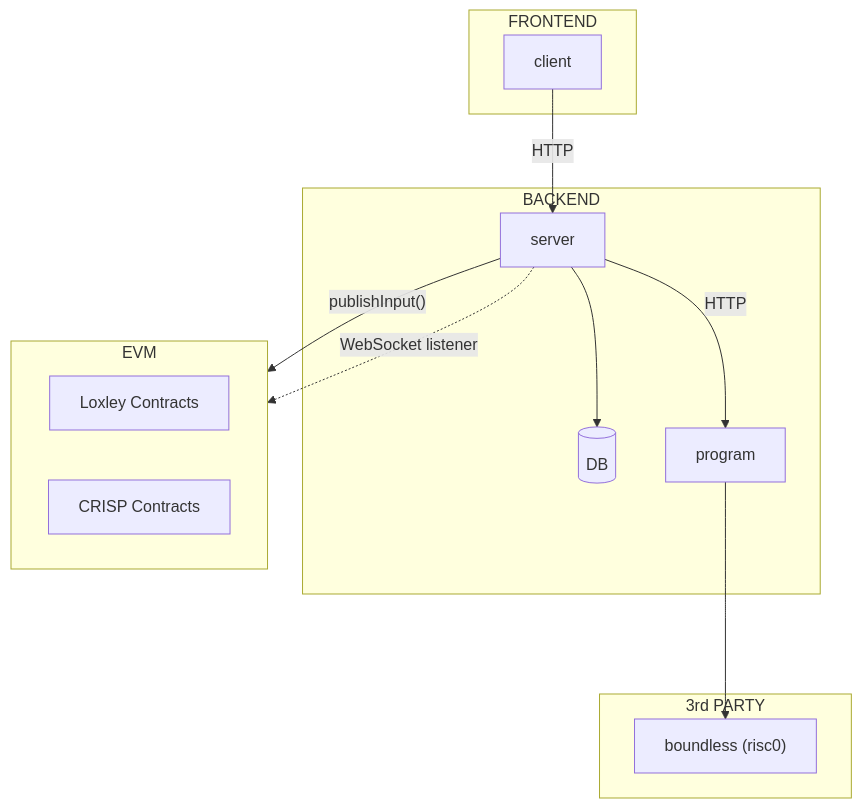
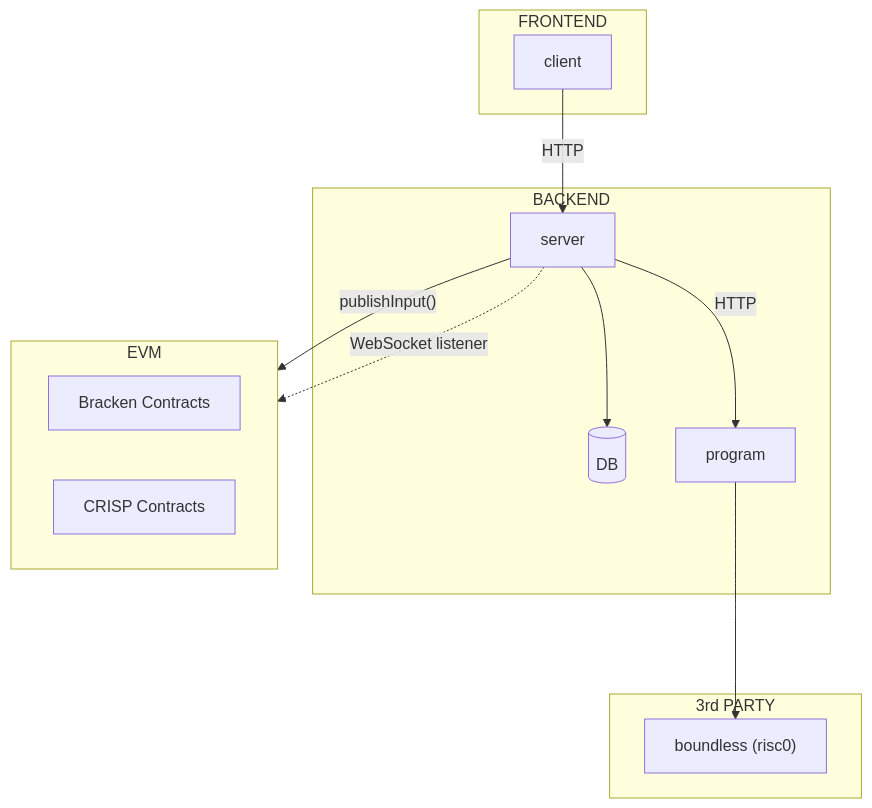
One commit to thecryptodog12-rgb/bracken changed the diagram in examples/CRISP/program/README.md. Above: the diagram before and after it, drawn with Mermaid. The commit also changed other lines of this file and 1660 other files, not shown here.

````diff
--- a/examples/CRISP/program/README.md
+++ b/examples/CRISP/program/README.md
@@ -9,26 +9,26 @@
 ```mermaid
 graph TD
   subgraph frontend["FRONTEND"]
     client
   end
   subgraph ec2_1["BACKEND"]
     server["server"] --> db
     db[(DB)]
 
     server --HTTP--> program
   end
   subgraph thirdparty["3rd PARTY"]
     boundless
   end
   client --"HTTP"--> server
   program ---> boundless
 
   boundless["boundless (risc0)"]
 
   server --"publishInput()"--> evm
   subgraph evm["EVM"]
-    esol1["Loxley Contracts"]
+    esol1["Bracken Contracts"]
     csol1["CRISP Contracts"]
   end
   server -. "WebSocket listener" .-> evm
 ```
````
